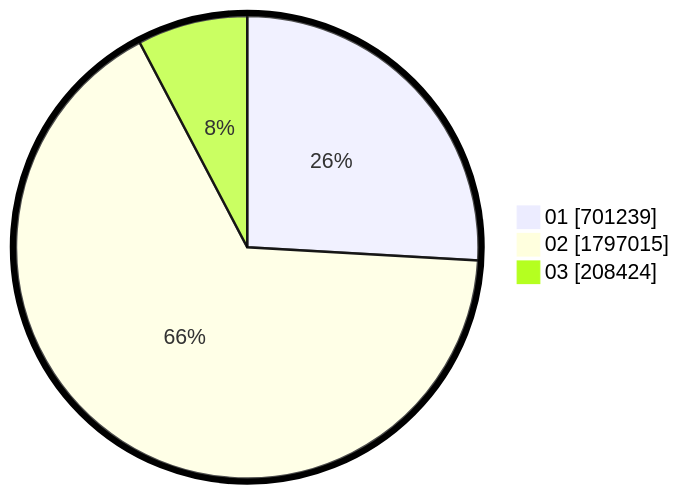
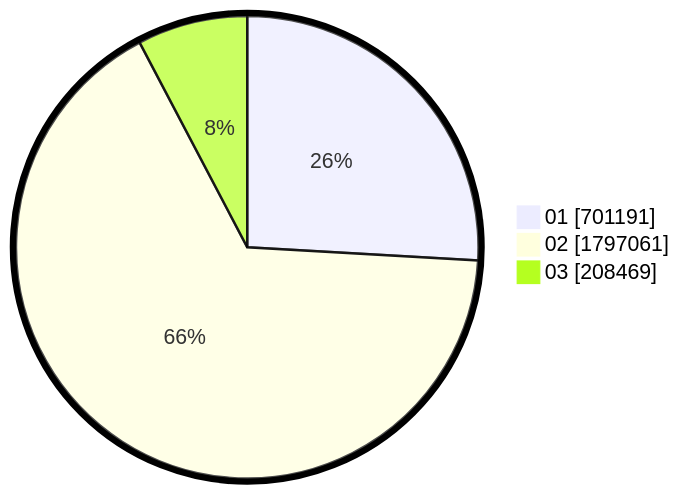
One commit to gigit-pemilu/pemilu-2024 changed the second of 2 diagrams in pilpres/hitung-suara/sub/table-wilayah-52.md. Above: the diagram before and after it, drawn with Mermaid. The commit also changed other lines of this file and 5 other files, not shown here.

````diff
--- a/pilpres/hitung-suara/sub/table-wilayah-52.md
+++ b/pilpres/hitung-suara/sub/table-wilayah-52.md
@@ -15,7 +15,7 @@
 ```mermaid
 %%{init: {"pie": {"textPosition": 0.5}, "themeVariables": {"pieOuterStrokeWidth": "5px"}} }%%
 pie showData
-    "01" : 701239
-    "02" : 1797015
-    "03" : 208424
+    "01" : 701191
+    "02" : 1797061
+    "03" : 208469
 ```
````
